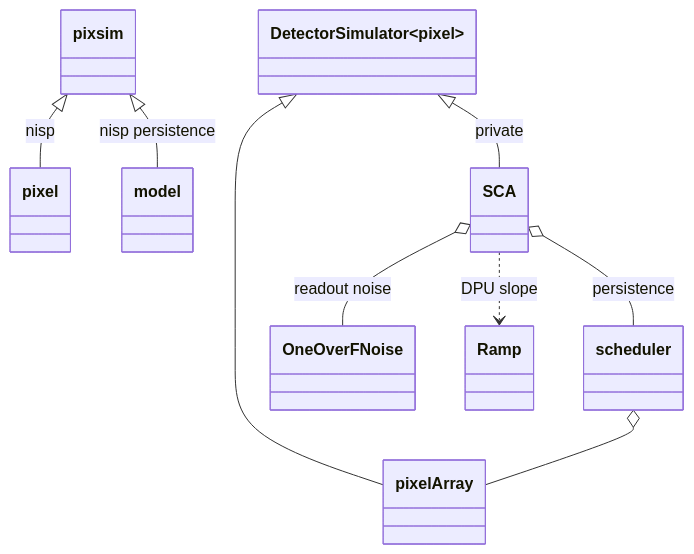
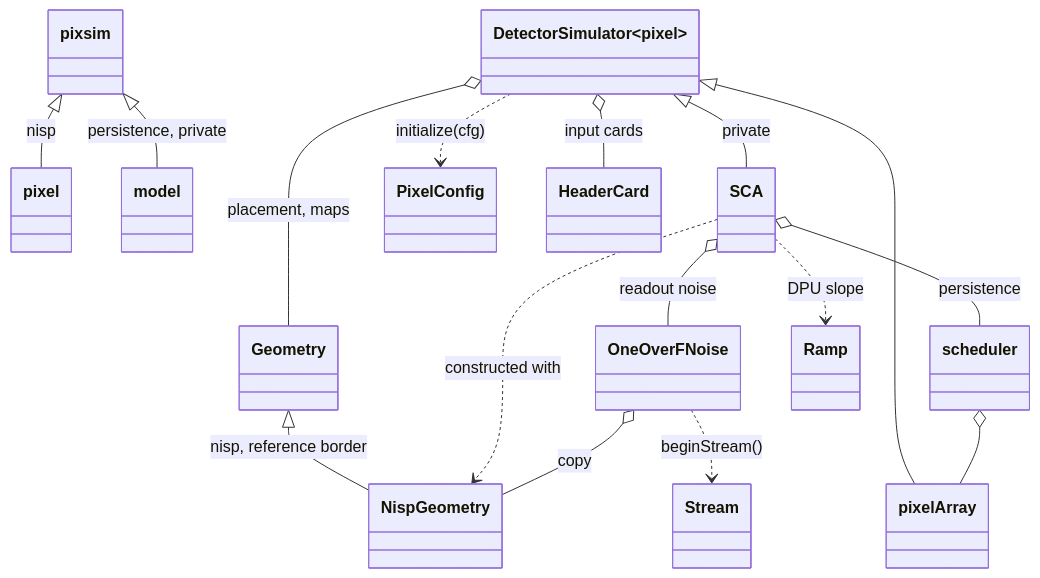
Before and after one commit to Pulsar2011/phot2pix: the first of 4 diagrams in wiki/NISP-example.md, drawn with Mermaid. The commit also changed other lines of this file and 26 other files, not shown here.

First line of the commit message:
NISP: detector geometry, reference pixels and their correction

````diff
--- a/wiki/NISP-example.md
+++ b/wiki/NISP-example.md
@@ -28,11 +37,18 @@
 ```mermaid
 classDiagram
     pixsim <|-- pixel : nisp
-    pixsim <|-- model : nisp persistence
+    pixsim <|-- model : persistence, private
+    Geometry <|-- NispGeometry : nisp, reference border
     DetectorSimulator~pixel~ <|-- SCA : private
     DetectorSimulator~model~ <|-- pixelArray
+    DetectorSimulator o-- Geometry : placement, maps
+    DetectorSimulator ..> PixelConfig : initialize(cfg)
+    DetectorSimulator o-- HeaderCard : input cards
+    SCA ..> NispGeometry : constructed with
+    SCA o-- OneOverFNoise : readout noise
+    OneOverFNoise o-- NispGeometry : copy
+    OneOverFNoise ..> Stream : beginStream()
     SCA o-- scheduler : persistence
     scheduler o-- pixelArray
-    SCA o-- OneOverFNoise : readout noise
     SCA ..> Ramp : DPU slope
 ```
````
